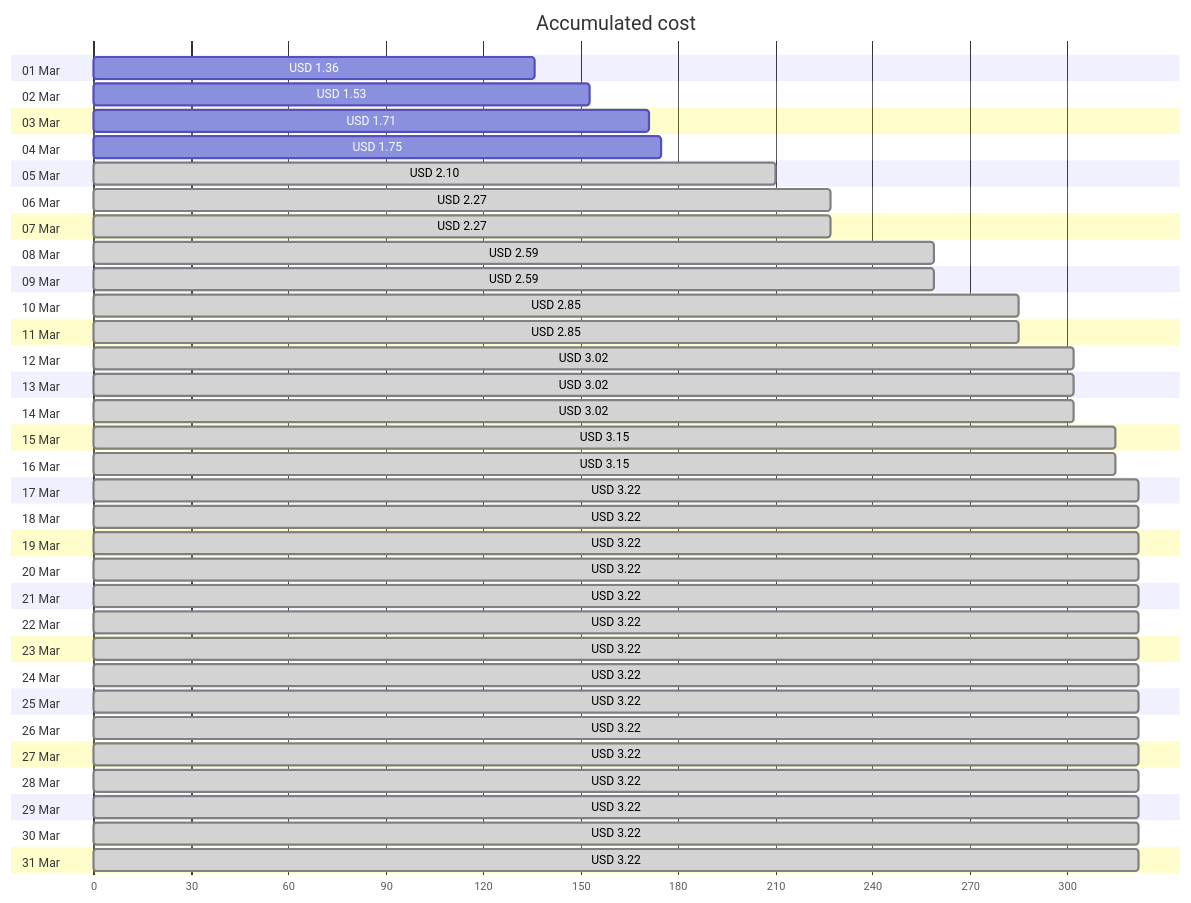
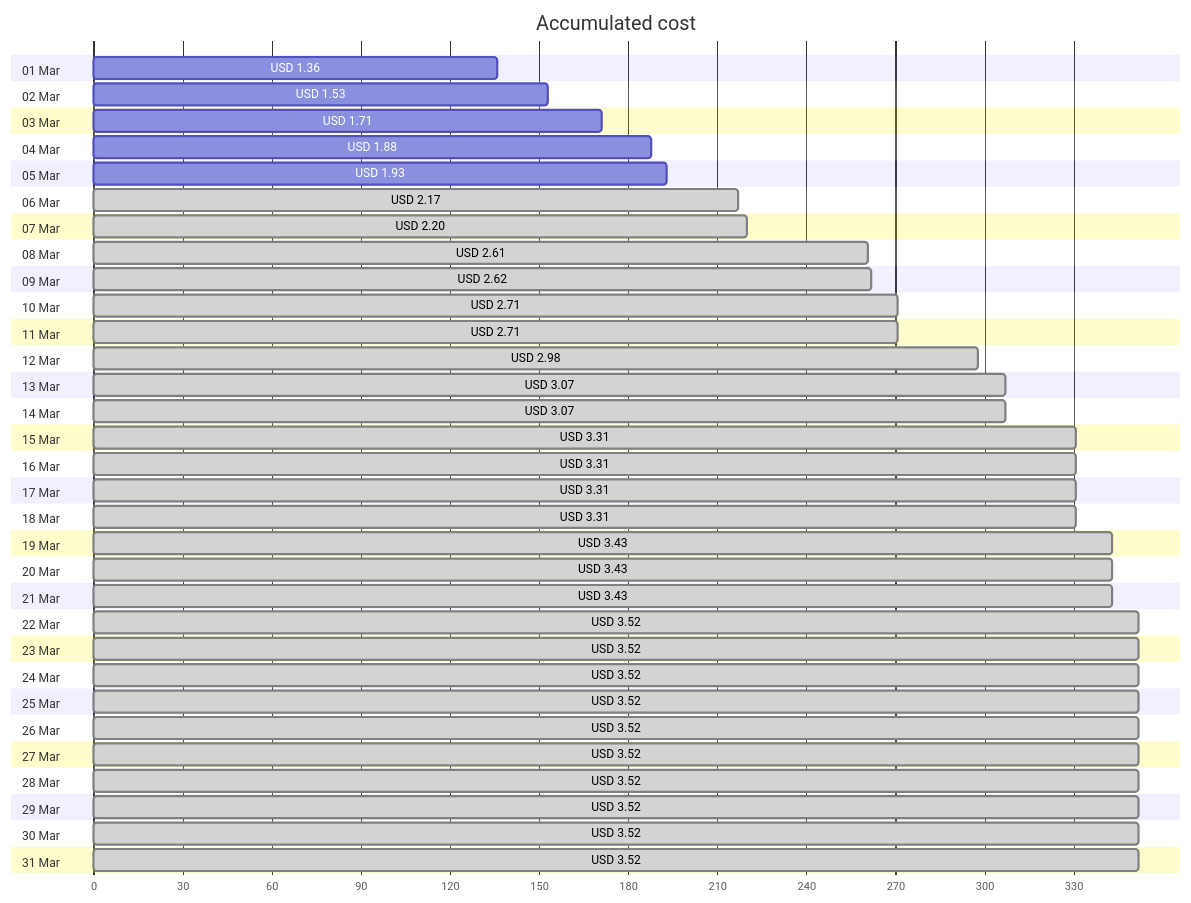
Before and after one commit to jpfulton/azure-personal-reports: the first of 4 diagrams in cost-reports/personal-network/vpn-server.md, drawn with Mermaid. The commit also changed other lines of this file and 8 other files, not shown here.

````diff
--- a/cost-reports/personal-network/vpn-server.md
+++ b/cost-reports/personal-network/vpn-server.md
@@ -20,68 +20,68 @@
 ```mermaid
 gantt
    title Accumulated cost
    dateFormat  X
    axisFormat %s
    section 01 Mar
    USD 1.36 :0, 136
    section 02 Mar
    USD 1.53 :0, 153
    section 03 Mar
    USD 1.71 :0, 171
    section 04 Mar
-   USD 1.75 :0, 175
+   USD 1.88 :0, 188
    section 05 Mar
-   USD 2.10 : done, 0, 210
+   USD 1.93 :0, 193
    section 06 Mar
-   USD 2.27 : done, 0, 227
+   USD 2.17 : done, 0, 217
    section 07 Mar
-   USD 2.27 : done, 0, 227
+   USD 2.20 : done, 0, 220
    section 08 Mar
-   USD 2.59 : done, 0, 259
+   USD 2.61 : done, 0, 261
    section 09 Mar
-   USD 2.59 : done, 0, 259
+   USD 2.62 : done, 0, 262
    section 10 Mar
-   USD 2.85 : done, 0, 285
+   USD 2.71 : done, 0, 271
    section 11 Mar
-   USD 2.85 : done, 0, 285
+   USD 2.71 : done, 0, 271
    section 12 Mar
-   USD 3.02 : done, 0, 302
+   USD 2.98 : done, 0, 298
    section 13 Mar
-   USD 3.02 : done, 0, 302
+   USD 3.07 : done, 0, 307
    section 14 Mar
-   USD 3.02 : done, 0, 302
+   USD 3.07 : done, 0, 307
    section 15 Mar
-   USD 3.15 : done, 0, 315
+   USD 3.31 : done, 0, 331
    section 16 Mar
-   USD 3.15 : done, 0, 315
+   USD 3.31 : done, 0, 331
    section 17 Mar
-   USD 3.22 : done, 0, 322
+   USD 3.31 : done, 0, 331
    section 18 Mar
-   USD 3.22 : done, 0, 322
+   USD 3.31 : done, 0, 331
    section 19 Mar
-   USD 3.22 : done, 0, 322
+   USD 3.43 : done, 0, 343
    section 20 Mar
-   USD 3.22 : done, 0, 322
+   USD 3.43 : done, 0, 343
    section 21 Mar
-   USD 3.22 : done, 0, 322
+   USD 3.43 : done, 0, 343
    section 22 Mar
-   USD 3.22 : done, 0, 322
+   USD 3.52 : done, 0, 352
    section 23 Mar
-   USD 3.22 : done, 0, 322
+   USD 3.52 : done, 0, 352
    section 24 Mar
-   USD 3.22 : done, 0, 322
+   USD 3.52 : done, 0, 352
    section 25 Mar
-   USD 3.22 : done, 0, 322
+   USD 3.52 : done, 0, 352
    section 26 Mar
-   USD 3.22 : done, 0, 322
+   USD 3.52 : done, 0, 352
    section 27 Mar
-   USD 3.22 : done, 0, 322
+   USD 3.52 : done, 0, 352
    section 28 Mar
-   USD 3.22 : done, 0, 322
+   USD 3.52 : done, 0, 352
    section 29 Mar
-   USD 3.22 : done, 0, 322
+   USD 3.52 : done, 0, 352
    section 30 Mar
-   USD 3.22 : done, 0, 322
+   USD 3.52 : done, 0, 352
    section 31 Mar
-   USD 3.22 : done, 0, 322
+   USD 3.52 : done, 0, 352
 ```
````
